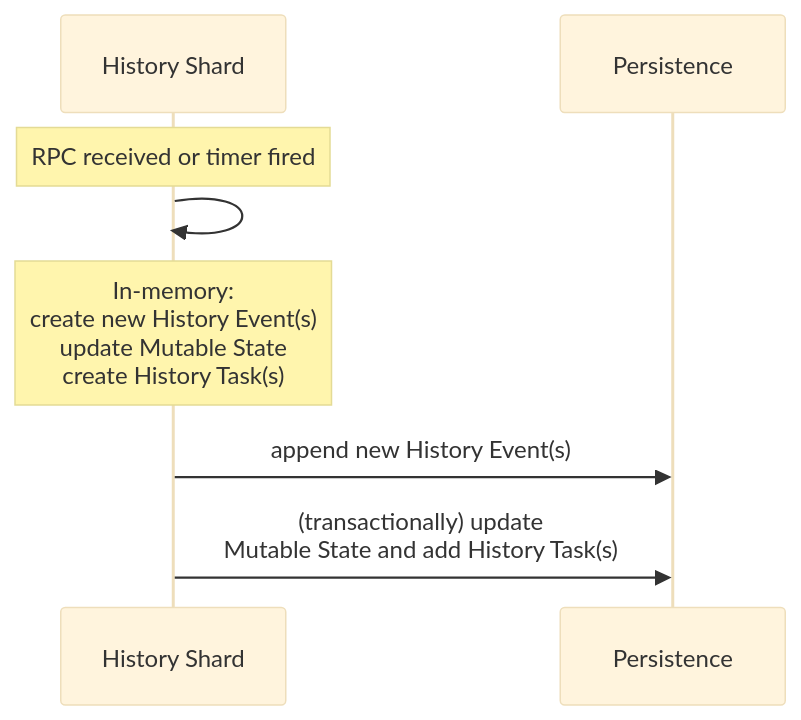
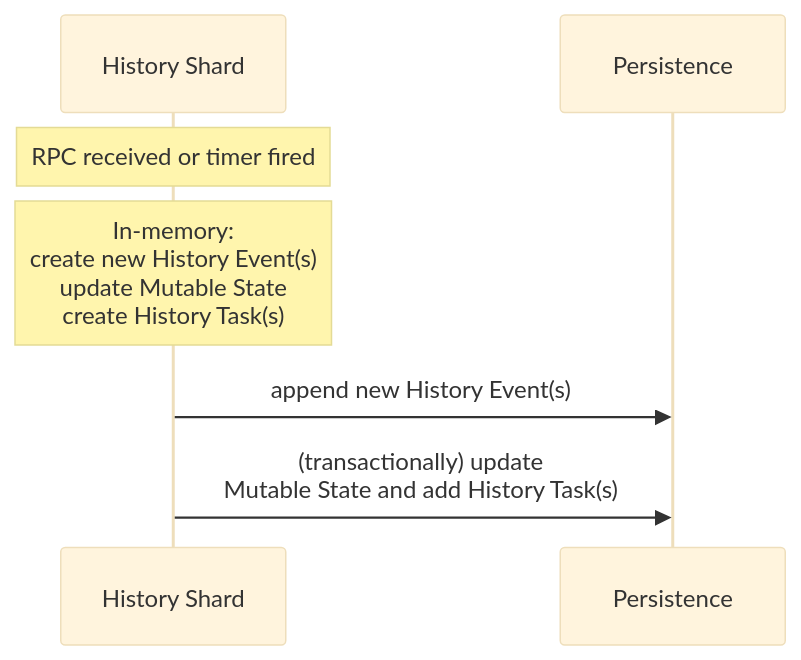
The second of 2 diagrams in docs/history-service.md (temporalio/temporal), drawn with Mermaid (base theme) before and after one commit. The commit also changed other lines of this file and 2 other files, not shown here.

````diff
--- a/docs/history-service.md
+++ b/docs/history-service.md
@@ -238,10 +248,9 @@
 ```mermaid
 sequenceDiagram
 participant shard as History Shard
 participant persistence as Persistence
 note over shard: RPC received or timer fired
-shard->>shard: 
 note over shard: In-memory:<br>create new History Event(s)<br>update Mutable State<br>create History Task(s)
 shard->>persistence: append new History Event(s)
 shard->>persistence: (transactionally) update <br>Mutable State and add History Task(s)
 ```
````
